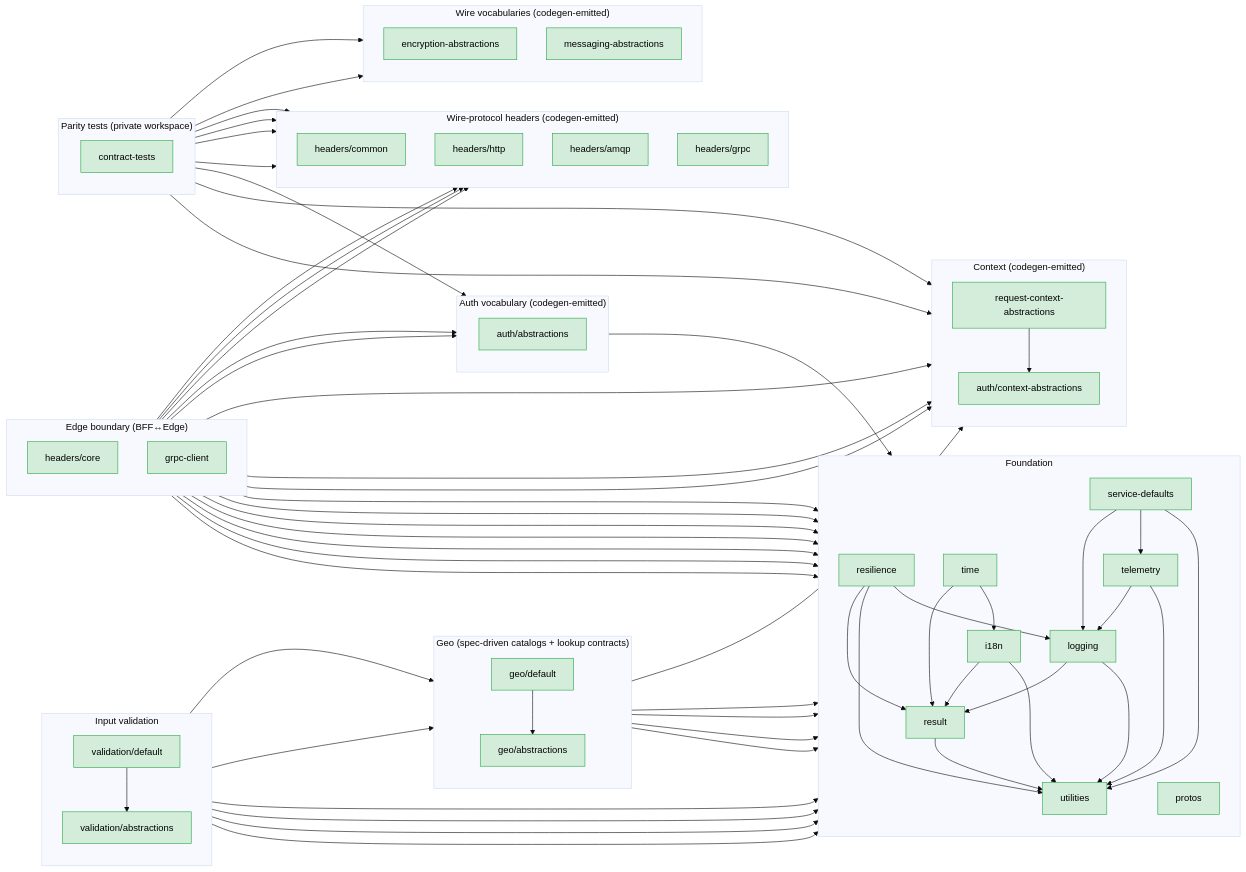
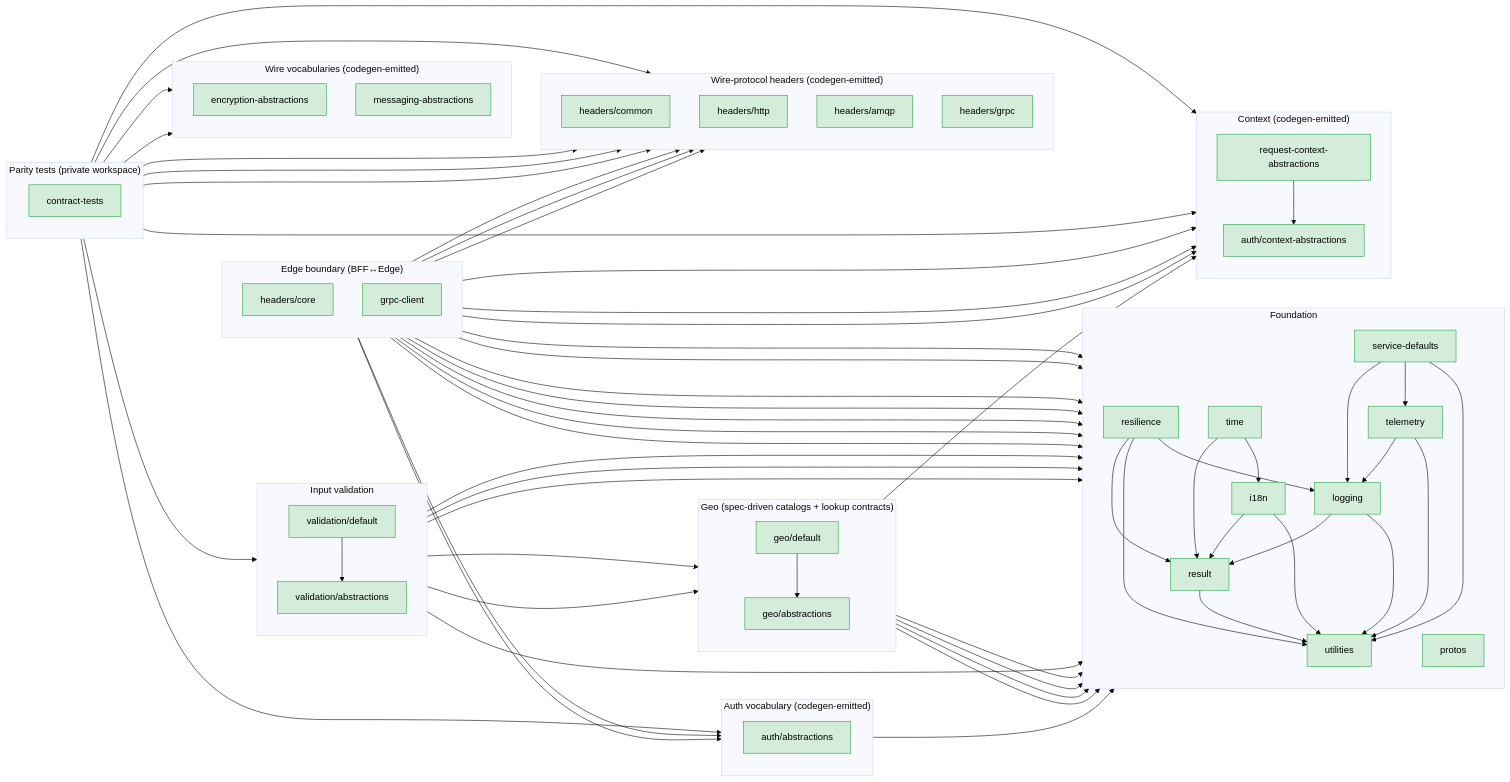
Before and after one commit to DSCV-io/D2-WORX: the diagram in server/shared/typescript/README.md, drawn with Mermaid (base theme). The commit also changed other lines of this file and 137 other files, not shown here.

```diff
--- a/server/shared/typescript/README.md
+++ b/server/shared/typescript/README.md
@@ -165,6 +165,7 @@
         ContractTests --> HeadersGrpc
         ContractTests --> EncryptionAbs
         ContractTests --> MessagingAbs
+        ContractTests --> ValidationAbs
     end
 
     Result --> Utilities
```
